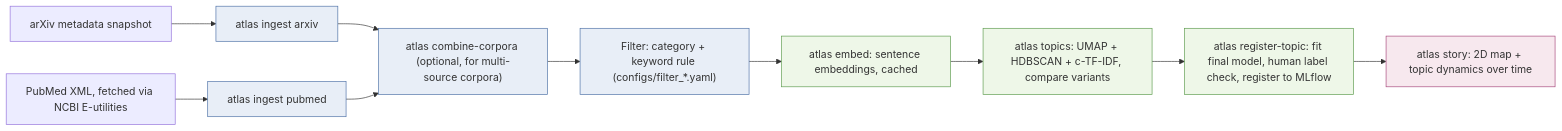
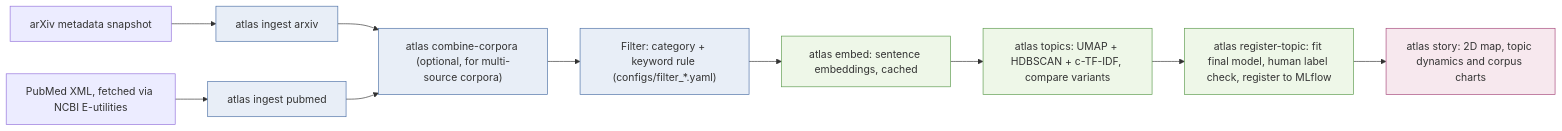
One commit to danielasicaru/imaging-ai-atlas changed the diagram in docs/pipeline.md. Above: the diagram before and after it, drawn with Mermaid. The commit also changed other lines of this file and 19 other files, not shown here.

````diff
--- a/docs/pipeline.md
+++ b/docs/pipeline.md
@@ -8,18 +8,18 @@
 ```mermaid
 flowchart LR
     classDef data fill:#e8eef7,stroke:#4a6fa5
     classDef model fill:#eef7e8,stroke:#5a9a4a
     classDef story fill:#f7e8ee,stroke:#a5457a
 
     arxiv[arXiv metadata snapshot]
     pubmed[PubMed XML, fetched via NCBI E-utilities]
     arxiv --> ing1["atlas ingest arxiv"]:::data
     pubmed --> ing2["atlas ingest pubmed"]:::data
     ing1 --> comb["atlas combine-corpora (optional, for multi-source corpora)"]:::data
     ing2 --> comb
     comb --> filt["Filter: category + keyword rule (configs/filter_*.yaml)"]:::data
     filt --> emb["atlas embed: sentence embeddings, cached"]:::model
     emb --> top["atlas topics: UMAP + HDBSCAN + c-TF-IDF, compare variants"]:::model
     top --> reg["atlas register-topic: fit final model, human label check, register to MLflow"]:::model
-    reg --> sty["atlas story: 2D map + topic dynamics over time"]:::story
+    reg --> sty["atlas story: 2D map, topic dynamics and corpus charts"]:::story
 ```
````
